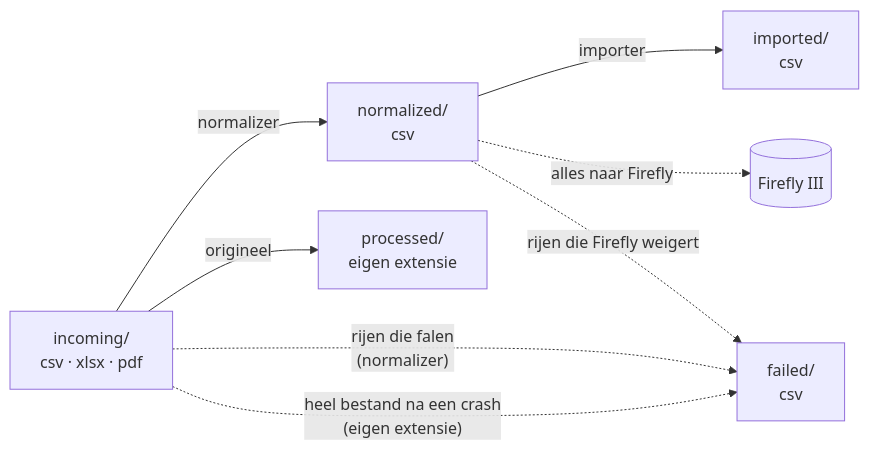
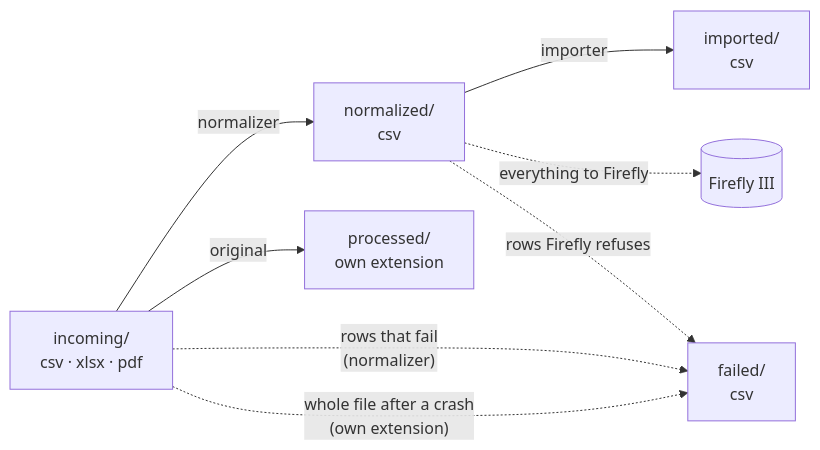
Before and after one commit to TrueNAS-Script-Kiddie/firefly-iii-feeder: the diagram in plans/02-argenta.md, drawn with Mermaid. The commit also changed other lines of this file and 4 other files, not shown here.

````diff
--- a/plans/02-argenta.md
+++ b/plans/02-argenta.md
@@ -90,10 +90,10 @@
 ```mermaid
 flowchart LR
     IN["incoming/<br/>csv · xlsx · pdf"] -->|normalizer| NO["normalized/<br/>csv"]
     NO -->|importer| IM["imported/<br/>csv"]
-    NO -.->|alles naar Firefly| FF[(Firefly III)]
-    IN -->|origineel| PR["processed/<br/>eigen extensie"]
-    IN -.->|"rijen die falen<br/>(normalizer)"| FA["failed/<br/>csv"]
-    NO -.->|"rijen die Firefly weigert"| FA
-    IN -.->|"heel bestand na een crash<br/>(eigen extensie)"| FA
+    NO -.->|everything to Firefly| FF[(Firefly III)]
+    IN -->|original| PR["processed/<br/>own extension"]
+    IN -.->|"rows that fail<br/>(normalizer)"| FA["failed/<br/>csv"]
+    NO -.->|"rows Firefly refuses"| FA
+    IN -.->|"whole file after a crash<br/>(own extension)"| FA
 ```
````
